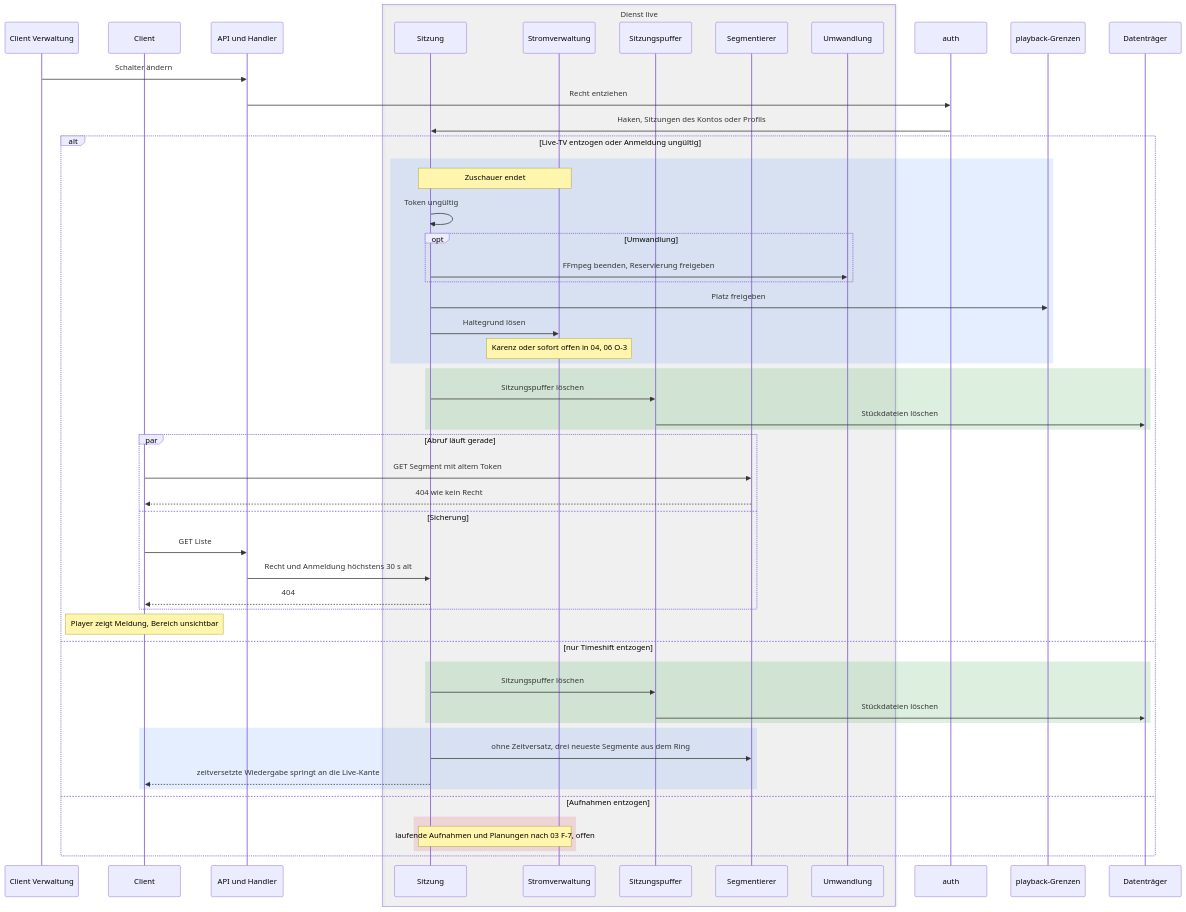
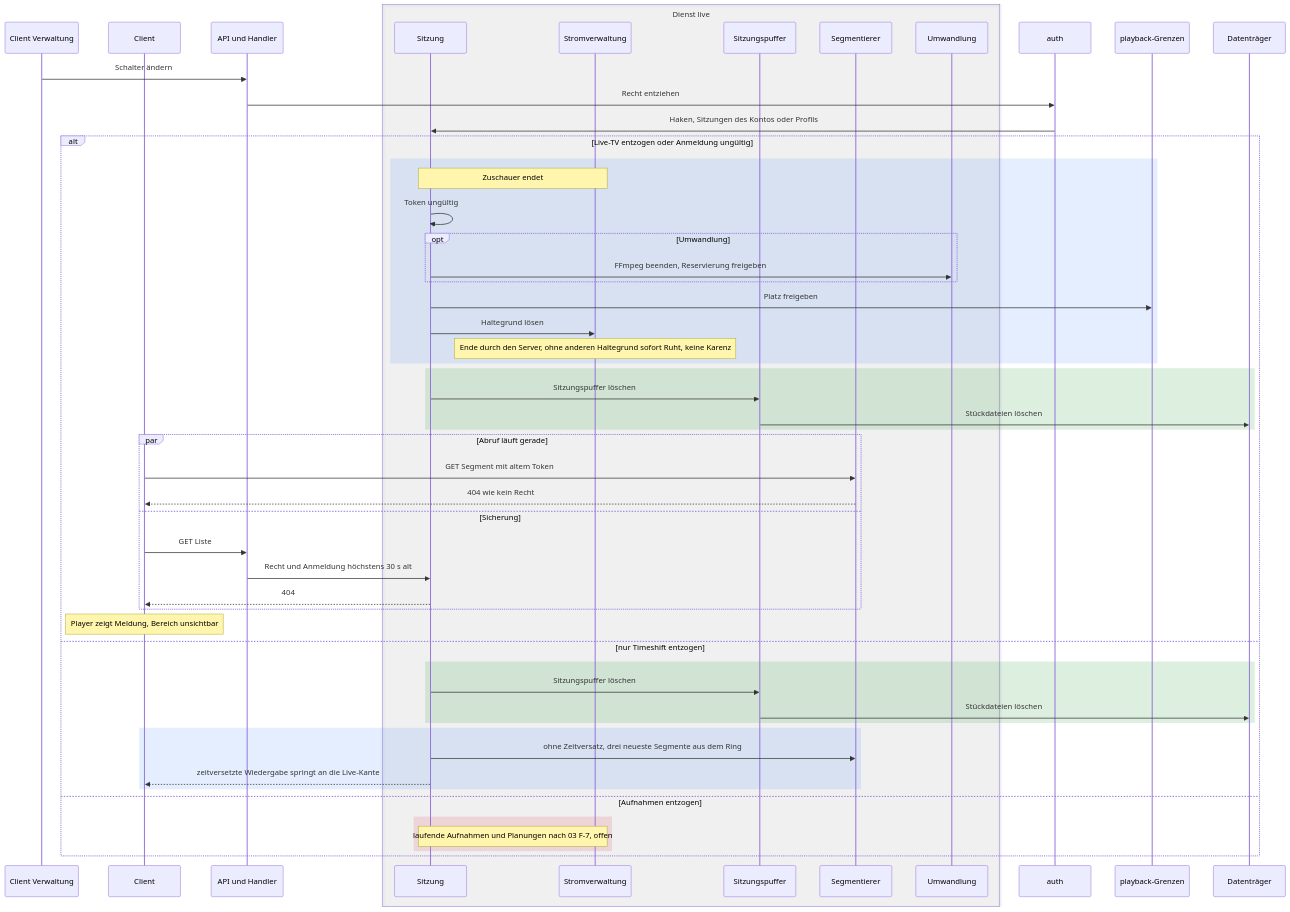
Before and after one commit to SlouchCat/slouchcat: diagram 16 of 22 in docs/planning/28-live-tv/06-ablaeufe.md, drawn with Mermaid. The commit also changed other lines of this file, not shown here.

Commit message:
docs(planning): concept 28 live TV, flows after consolidation 1

````diff
--- a/docs/planning/28-live-tv/06-ablaeufe.md
+++ b/docs/planning/28-live-tv/06-ablaeufe.md
@@ -1139,58 +1218,58 @@
 ```mermaid
 sequenceDiagram
   participant CLV as Client Verwaltung
   participant CL as Client
   participant API as API und Handler
   box rgba(128,128,128,0.08) Dienst live
     participant SES as Sitzung
     participant STR as Stromverwaltung
     participant SP as Sitzungspuffer
     participant SEG as Segmentierer
     participant UW as Umwandlung
   end
   participant AU as auth
   participant PB as playback-Grenzen
   participant DSK as Datenträger
 
   CLV->>API: Schalter ändern
   API->>AU: Recht entziehen
   AU->>SES: Haken, Sitzungen des Kontos oder Profils
   alt Live-TV entzogen oder Anmeldung ungültig
     rect rgba(66,135,245,0.14)
       Note over SES,STR: Zuschauer endet
       SES->>SES: Token ungültig
       opt Umwandlung
         SES->>UW: FFmpeg beenden, Reservierung freigeben
       end
       SES->>PB: Platz freigeben
       SES->>STR: Haltegrund lösen
-      Note over STR: Karenz oder sofort offen in 04, 06 O-3
+      Note over STR: Ende durch den Server, ohne anderen Haltegrund sofort Ruht, keine Karenz
     end
     rect rgba(46,160,67,0.16)
       SES->>SP: Sitzungspuffer löschen
       SP->>DSK: Stückdateien löschen
     end
     par Abruf läuft gerade
       CL->>SEG: GET Segment mit altem Token
       SEG-->>CL: 404 wie kein Recht
     and Sicherung
       CL->>API: GET Liste
       API->>SES: Recht und Anmeldung höchstens 30 s alt
       SES-->>CL: 404
     end
     Note over CL: Player zeigt Meldung, Bereich unsichtbar
   else nur Timeshift entzogen
     rect rgba(46,160,67,0.16)
       SES->>SP: Sitzungspuffer löschen
       SP->>DSK: Stückdateien löschen
     end
     rect rgba(66,135,245,0.14)
       SES->>SEG: ohne Zeitversatz, drei neueste Segmente aus dem Ring
       SES-->>CL: zeitversetzte Wiedergabe springt an die Live-Kante
     end
   else Aufnahmen entzogen
     rect rgba(220,53,69,0.14)
       Note over SES,STR: laufende Aufnahmen und Planungen nach 03 F-7, offen
     end
   end
 ```
````
